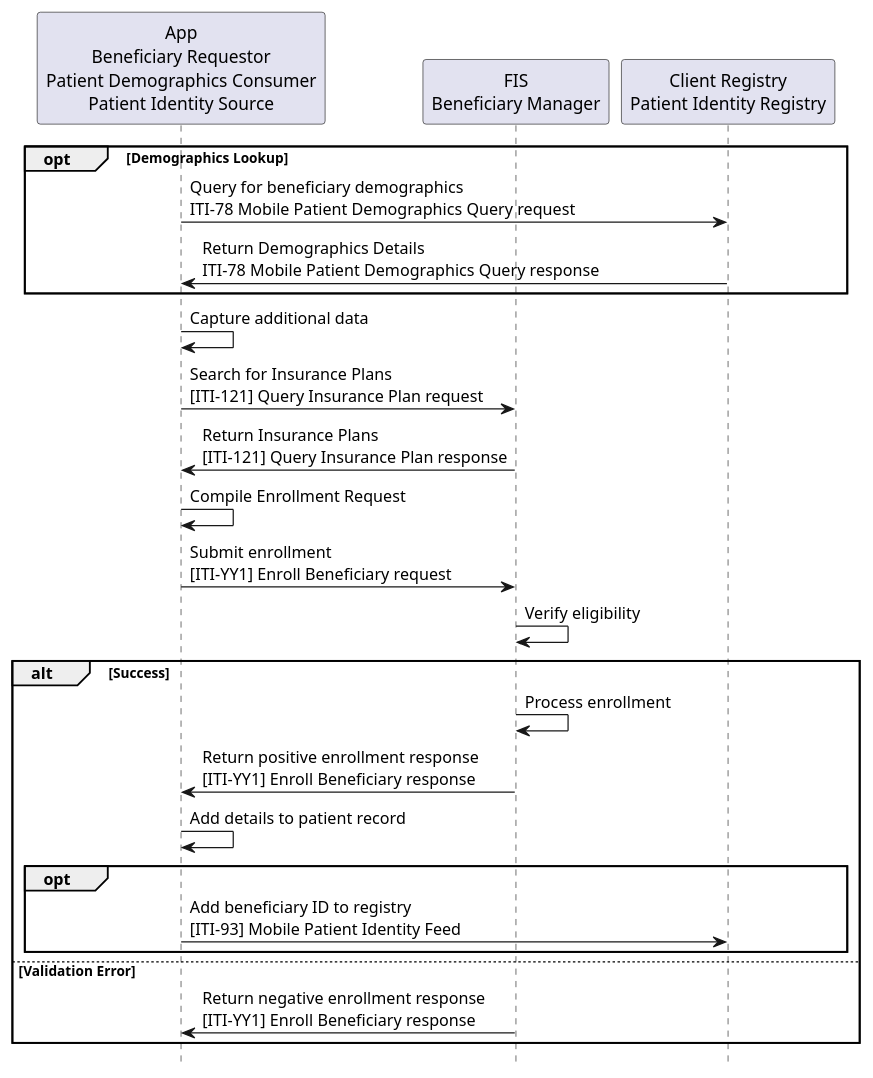
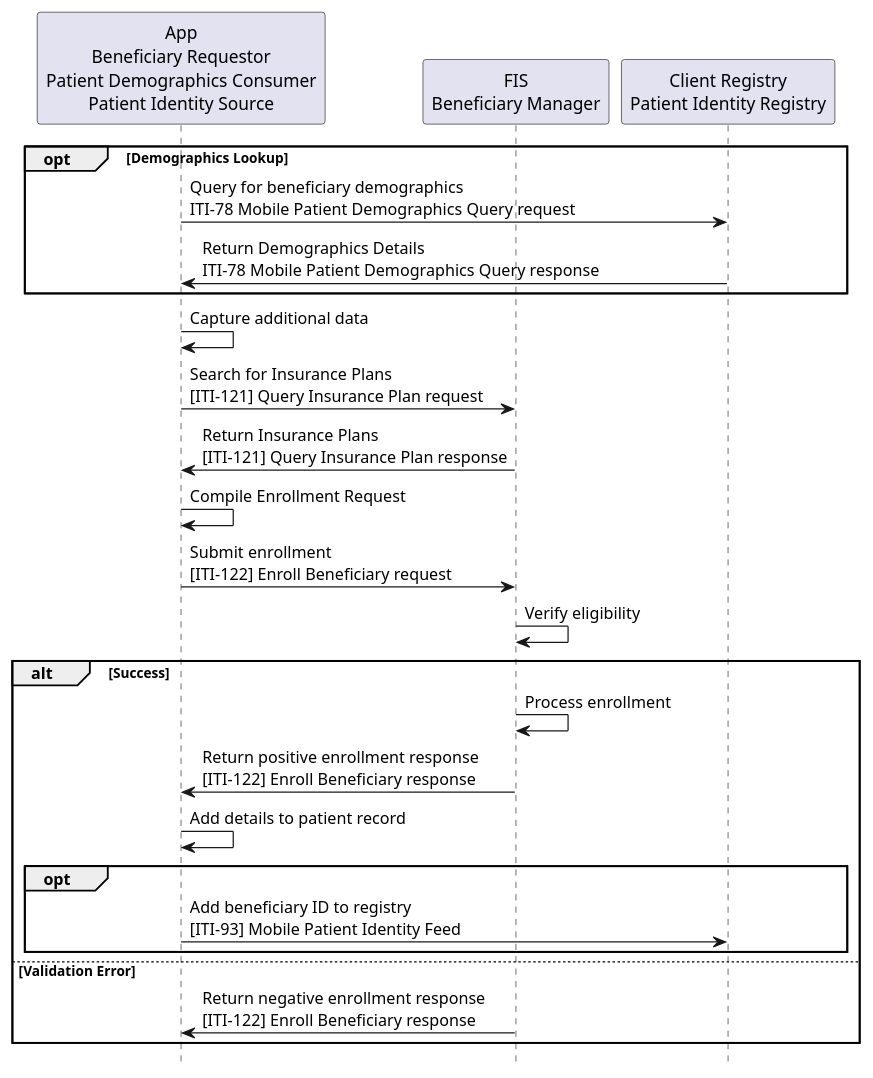
Before and after one commit to IHE/ITI.Finance: the diagram in input/images-source/usecase1-processflow.plantuml, drawn with PlantUML. The commit also changed 22 other files, not shown here.

```diff
--- a/input/images-source/usecase1-processflow.plantuml
+++ b/input/images-source/usecase1-processflow.plantuml
@@ -1,30 +1,30 @@
 @startuml
 skinparam svgDimensionStyle false
 hide footbox
 
 participant "App\nBeneficiary Requestor\nPatient Demographics Consumer\nPatient Identity Source" as App
 participant "FIS\nBeneficiary Manager" as FIS
 participant "Client Registry\nPatient Identity Registry" as CR
 
 opt Demographics Lookup
   App->CR: Query for beneficiary demographics\nITI-78 Mobile Patient Demographics Query request
   CR->App: Return Demographics Details\nITI-78 Mobile Patient Demographics Query response
 end
 App->App: Capture additional data
 App->FIS: Search for Insurance Plans\n&#91;ITI-121&#93; Query Insurance Plan request
 FIS->App: Return Insurance Plans\n&#91;ITI-121&#93; Query Insurance Plan response
 App->App: Compile Enrollment Request
-App->FIS: Submit enrollment\n&#91;ITI-YY1&#93; Enroll Beneficiary request
+App->FIS: Submit enrollment\n&#91;ITI-122&#93; Enroll Beneficiary request
 FIS->FIS: Verify eligibility
 alt Success
   FIS->FIS: Process enrollment
-  FIS->App: Return positive enrollment response\n&#91;ITI-YY1&#93; Enroll Beneficiary response
+  FIS->App: Return positive enrollment response\n&#91;ITI-122&#93; Enroll Beneficiary response
   App->App: Add details to patient record
   opt
     App->CR: Add beneficiary ID to registry\n&#91;ITI-93&#93; Mobile Patient Identity Feed
   end
 else Validation Error
-  FIS->App: Return negative enrollment response\n&#91;ITI-YY1&#93; Enroll Beneficiary response
+  FIS->App: Return negative enrollment response\n&#91;ITI-122&#93; Enroll Beneficiary response
 end
 
 @enduml
```
